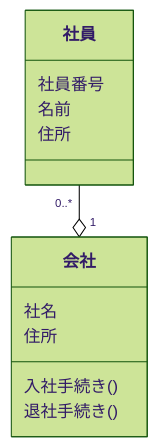
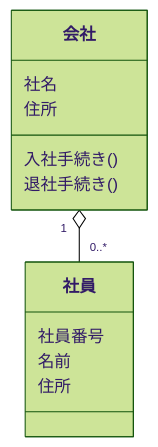
Before and after one commit to takesoo/obsidian: the second of 2 diagrams in クラス図.md, drawn with Mermaid (forest theme). The commit also changed other lines of this file and 2 other files, not shown here.

````diff
--- a/クラス図.md
+++ b/クラス図.md
@@ -4,18 +27,18 @@
 ```mermaid
 classDiagram
 
 class 社員 {
 社員番号
 名前
 住所
 }
 
 class 会社 {
 社名
 住所
 入社手続き()
 退社手続き()
 }
 
-社員 "0..*" --o "1" 会社
+会社 "1" o-- "0..*" 社員
 ```
````
